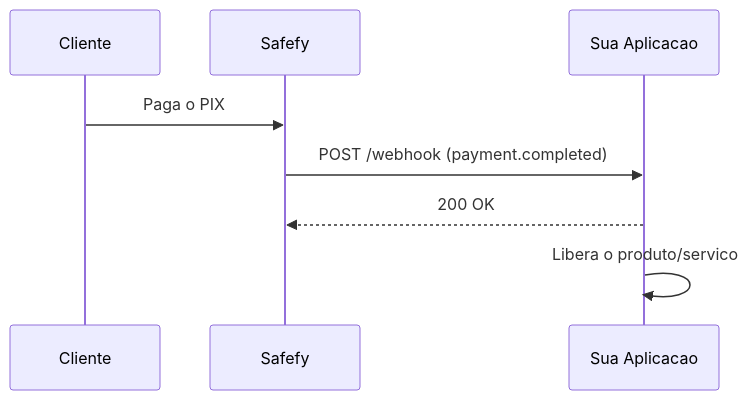
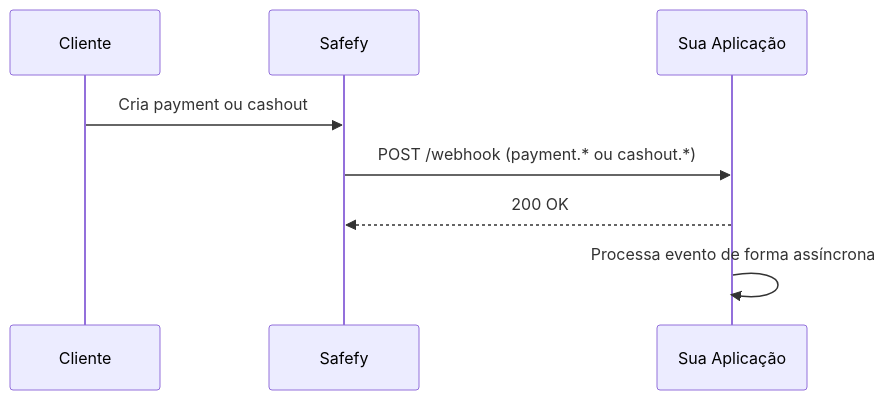
The first of 2 diagrams in webhooks.mdx (Safefy-Pay/docs), drawn with Mermaid before and after one commit. The commit also changed other lines of this file and 45 other files, not shown here.

````diff
--- a/webhooks.mdx
+++ b/webhooks.mdx
@@ -12,11 +12,11 @@
 ```mermaid
 sequenceDiagram
     participant Cliente as Cliente
     participant Safefy as Safefy
-    participant App as Sua Aplicacao
+    participant App as Sua Aplicação
     
-    Cliente->>Safefy: Paga o PIX
-    Safefy->>App: POST /webhook (payment.completed)
+    Cliente->>Safefy: Cria payment ou cashout
+    Safefy->>App: POST /webhook (payment.* ou cashout.*)
     App-->>Safefy: 200 OK
-    App->>App: Libera o produto/servico
+    App->>App: Processa evento de forma assíncrona
 ```
````
